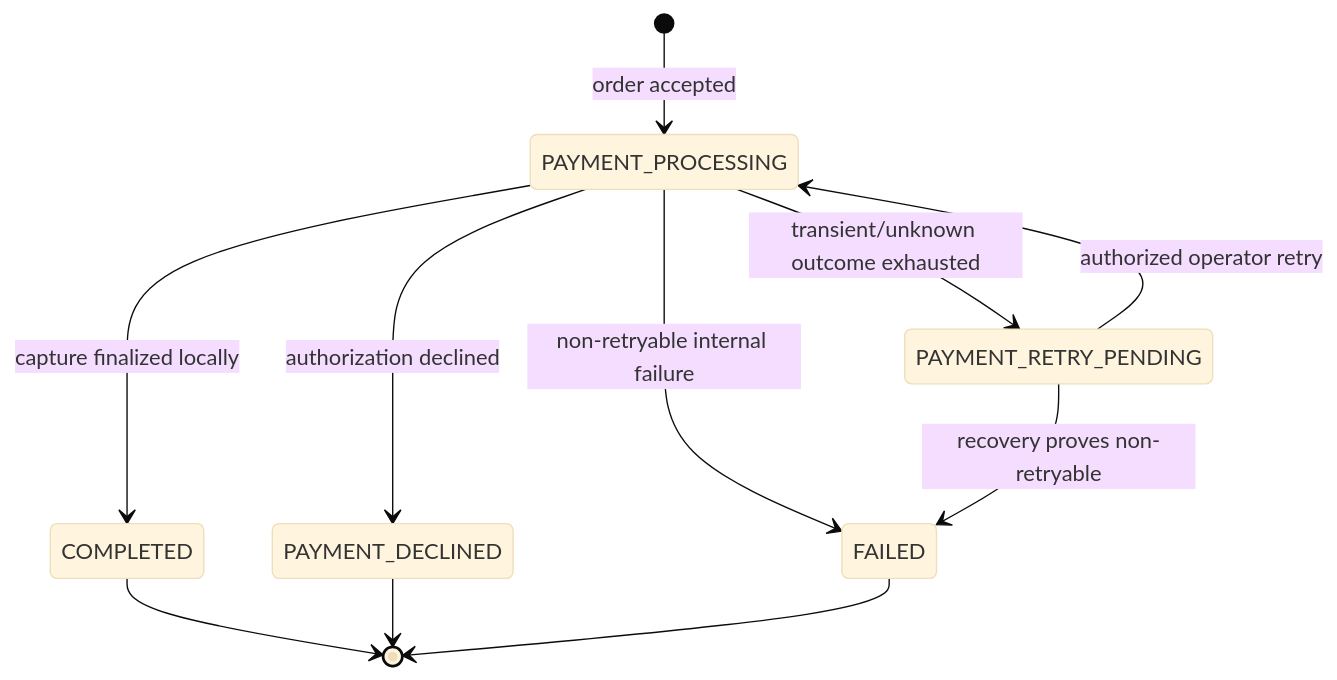
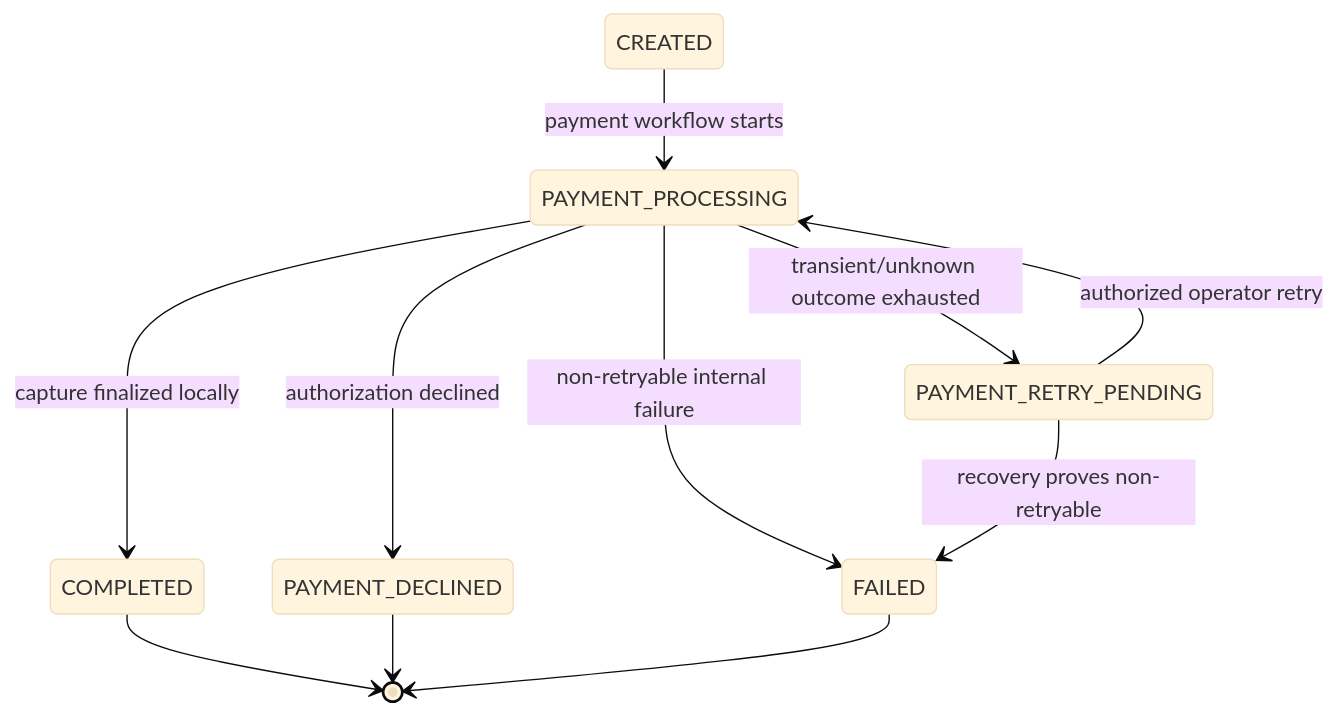
The second of 5 diagrams in docs/domain-model.md (m3rcury02/ledgerflow), drawn with Mermaid (base theme) before and after one commit. The commit also changed other lines of this file and 46 other files, not shown here.

````diff
--- a/docs/domain-model.md
+++ b/docs/domain-model.md
@@ -48,13 +62,13 @@
 ```mermaid
 stateDiagram-v2
-    [*] --> PAYMENT_PROCESSING: order accepted
+    CREATED --> PAYMENT_PROCESSING: payment workflow starts
     PAYMENT_PROCESSING --> COMPLETED: capture finalized locally
     PAYMENT_PROCESSING --> PAYMENT_DECLINED: authorization declined
     PAYMENT_PROCESSING --> PAYMENT_RETRY_PENDING: transient/unknown outcome exhausted
     PAYMENT_PROCESSING --> FAILED: non-retryable internal failure
     PAYMENT_RETRY_PENDING --> PAYMENT_PROCESSING: authorized operator retry
     PAYMENT_RETRY_PENDING --> FAILED: recovery proves non-retryable
     COMPLETED --> [*]
     PAYMENT_DECLINED --> [*]
     FAILED --> [*]
 ```
````
